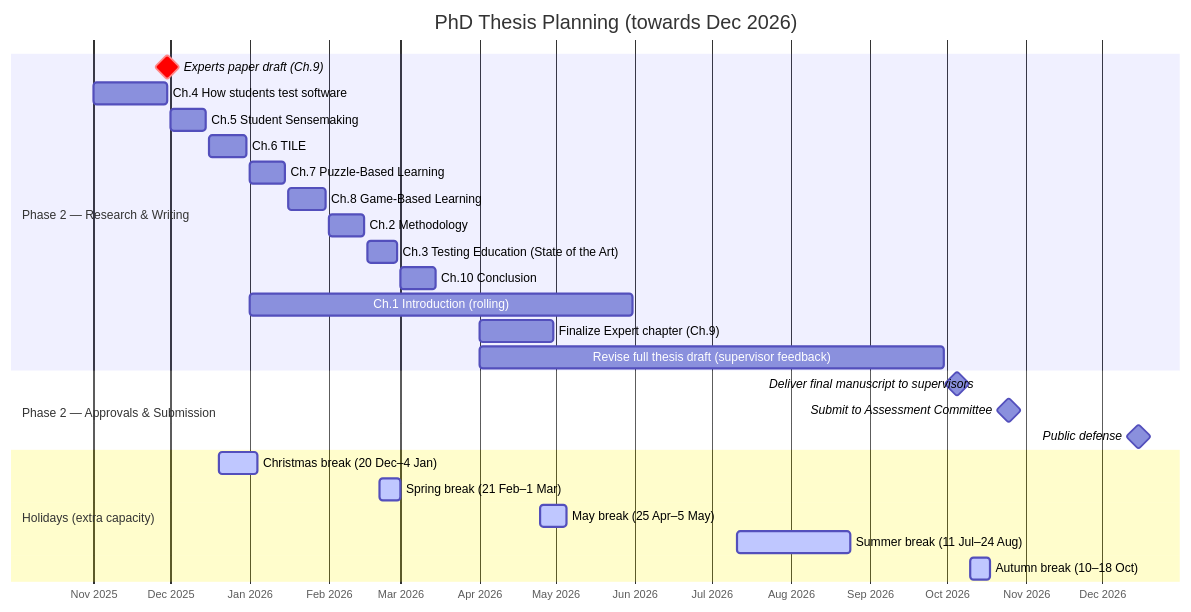
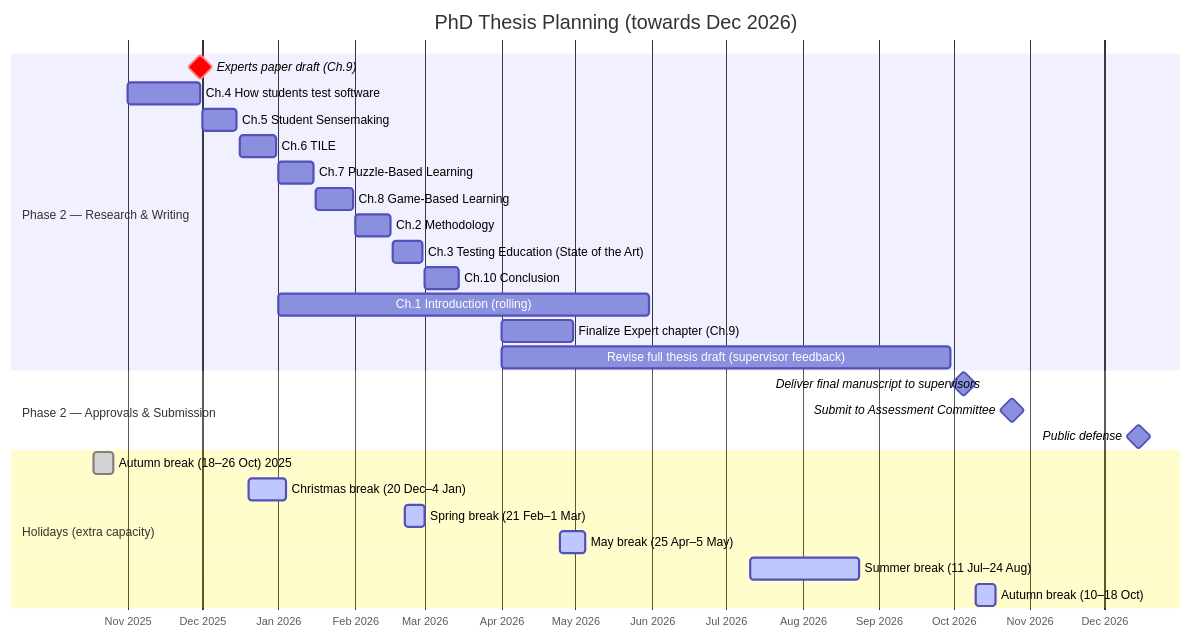
The diagram in planning.md (nielsdoorn/nielsdoorn.github.io), drawn with Mermaid before and after one commit. The commit also changed other lines of this file, not shown here.

Commit message:
adde dautumn break to gantt

````diff
--- a/planning.md
+++ b/planning.md
@@ -62,34 +62,35 @@
 ```mermaid
 
 gantt
     title PhD Thesis Planning (towards Dec 2026)
     dateFormat  YYYY-MM-DD
     axisFormat  %b %Y
     todayMarker off
 
     section Phase 2 — Research & Writing
     Experts paper draft (Ch.9)          :milestone, crit, 2025-11-30, 0d
     Ch.4 How students test software     :2025-11-01, 2025-11-30
     Ch.5 Student Sensemaking            :2025-12-01, 2025-12-15
     Ch.6 TILE                           :2025-12-16, 2025-12-31
     Ch.7 Puzzle-Based Learning          :2026-01-01, 2026-01-15
     Ch.8 Game-Based Learning            :2026-01-16, 2026-01-31
     Ch.2 Methodology                    :2026-02-01, 2026-02-15
     Ch.3 Testing Education (State of the Art) :2026-02-16, 2026-02-28
     Ch.10 Conclusion                     :2026-03-01, 2026-03-15
     Ch.1 Introduction (rolling)         :2026-01-01, 2026-05-31
     Finalize Expert chapter (Ch.9)      :2026-04-01, 2026-04-30
     Revise full thesis draft (supervisor feedback) :2026-04-01, 2026-09-30
 
     section Phase 2 — Approvals & Submission
     Deliver final manuscript to supervisors :milestone, 2026-10-05, 0d
     Submit to Assessment Committee          :milestone, 2026-10-25, 0d
     Public defense                           :milestone, 2026-12-15, 0d
 
     section Holidays (extra capacity)
+    Autumn break (18–26 Oct) 2025       :done, 2025-10-18, 2025-10-26
     Christmas break  (20 Dec–4 Jan)     :active, 2025-12-20, 2026-01-04
     Spring break    (21 Feb–1 Mar)      :active, 2026-02-21, 2026-03-01
     May break       (25 Apr–5 May)      :active, 2026-04-25, 2026-05-05
     Summer break    (11 Jul–24 Aug)     :active, 2026-07-11, 2026-08-24
     Autumn break    (10–18 Oct)         :active, 2026-10-10, 2026-10-18
 ```
````
